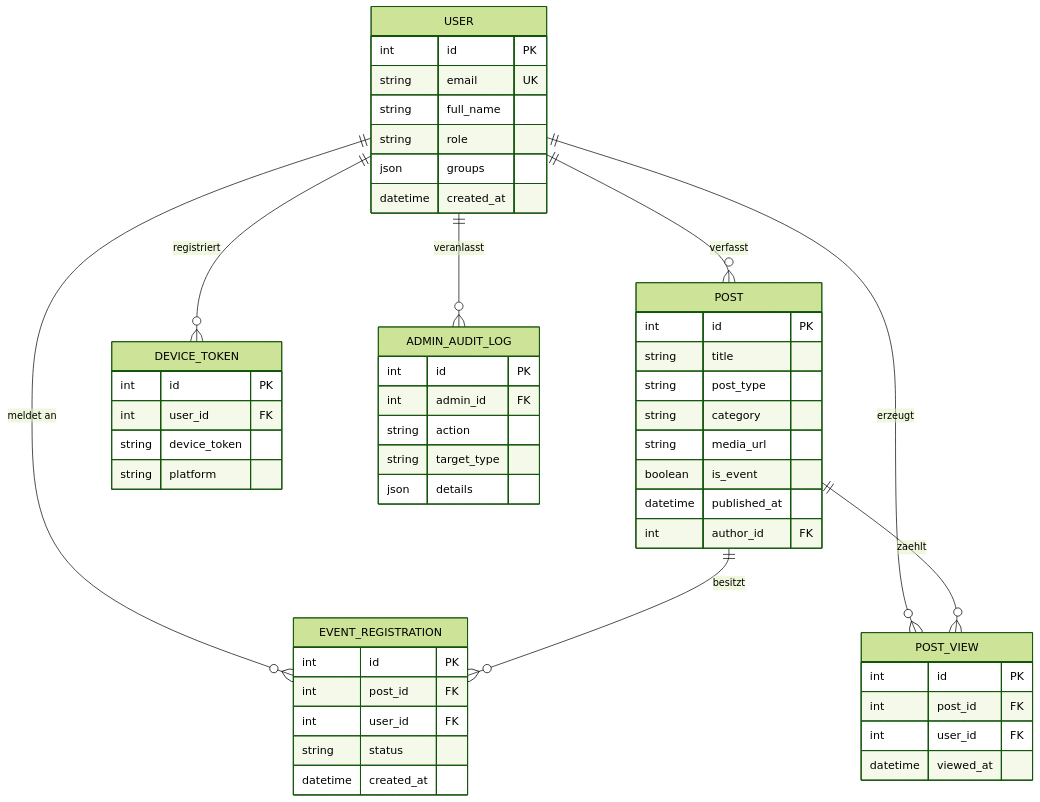
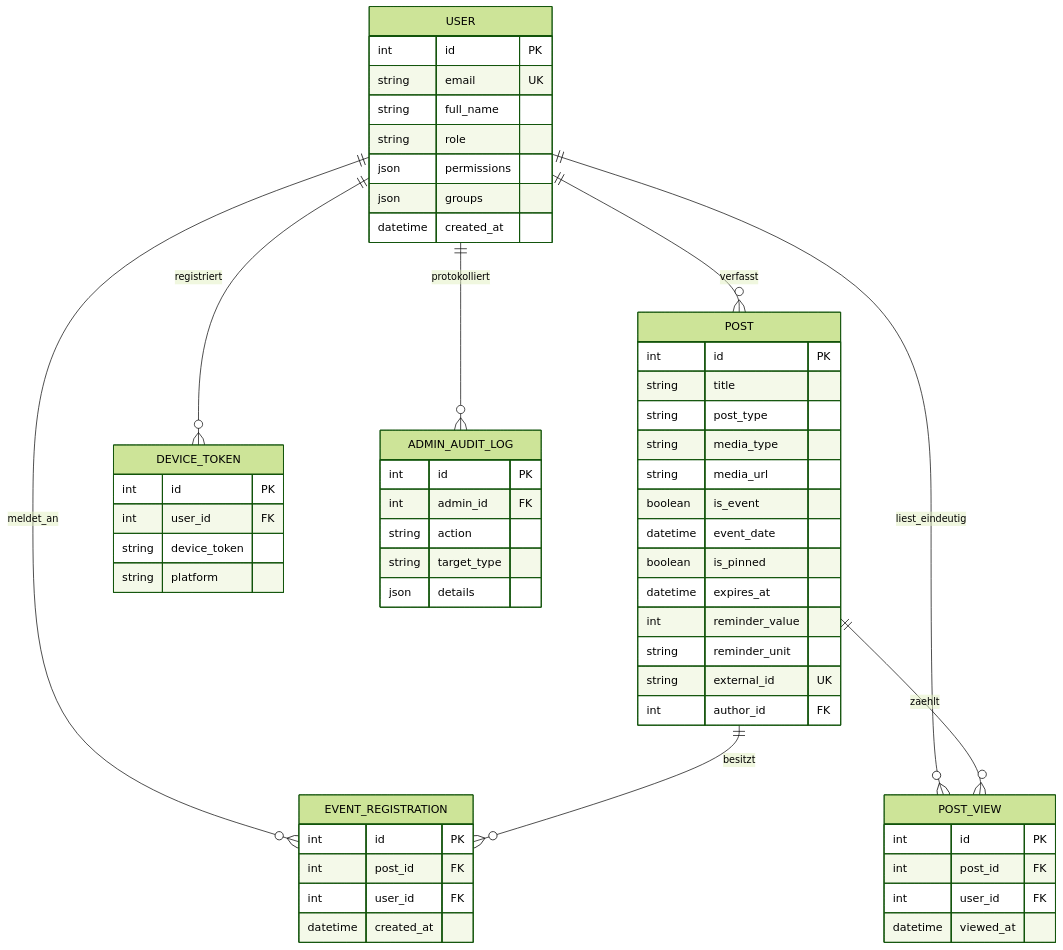
Before and after one commit to Pascal-Thommen/pascal-thommen.github.io: the first of 3 diagrams in content/posts/upa-campus-app-architecture-part-6/index.de.md, drawn with Mermaid (forest theme). The commit also changed other lines of this file and 20 other files, not shown here.

Commit message:
feat(posts): refine UPA Campus App architecture series with holistic webapp mental model and specification depth

````diff
--- a/content/posts/upa-campus-app-architecture-part-6/index.de.md
+++ b/content/posts/upa-campus-app-architecture-part-6/index.de.md
@@ -36,55 +28,60 @@
 ```mermaid
 erDiagram
     USER ||--o{ POST : "verfasst"
-    USER ||--o{ EVENT_REGISTRATION : "meldet an"
-    USER ||--o{ POST_VIEW : "erzeugt"
+    USER ||--o{ EVENT_REGISTRATION : "meldet_an"
+    USER ||--o{ POST_VIEW : "liest_eindeutig"
     USER ||--o{ DEVICE_TOKEN : "registriert"
-    USER ||--o{ ADMIN_AUDIT_LOG : "veranlasst"
+    USER ||--o{ ADMIN_AUDIT_LOG : "protokolliert"
     POST ||--o{ EVENT_REGISTRATION : "besitzt"
     POST ||--o{ POST_VIEW : "zaehlt"
 
     USER {
         int id PK
         string email UK
         string full_name
         string role
+        json permissions
         json groups
         datetime created_at
     }
     POST {
         int id PK
         string title
         string post_type
-        string category
+        string media_type
         string media_url
         boolean is_event
-        datetime published_at
+        datetime event_date
+        boolean is_pinned
+        datetime expires_at
+        int reminder_value
+        string reminder_unit
+        string external_id UK
         int author_id FK
     }
     EVENT_REGISTRATION {
         int id PK
         int post_id FK
         int user_id FK
-        string status
         datetime created_at
     }
     POST_VIEW {
         int id PK
         int post_id FK
         int user_id FK
         datetime viewed_at
     }
     DEVICE_TOKEN {
         int id PK
         int user_id FK
         string device_token
         string platform
     }
     ADMIN_AUDIT_LOG {
         int id PK
         int admin_id FK
         string action
         string target_type
         json details
     }
 ```
````
